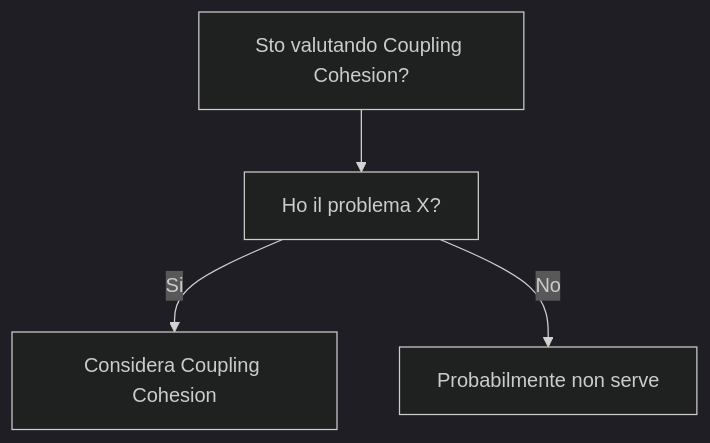
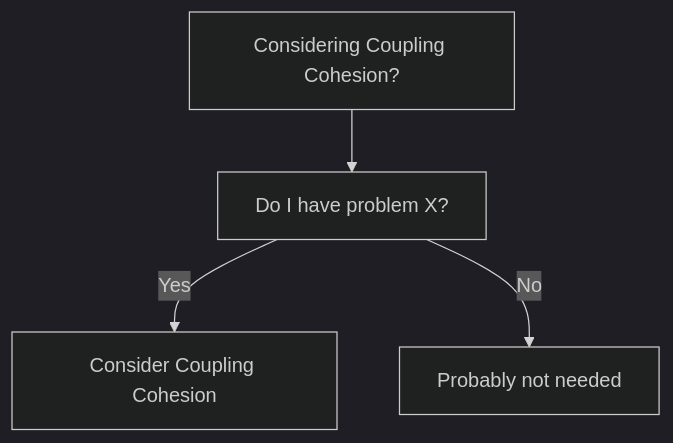
Before and after one commit to HxT9/Software-Dev-Wiki: the diagram in dev-wiki/01_Foundations/Coupling_Cohesion/When_To_Use.md, drawn with Mermaid (dark theme). The commit also changed other lines of this file and 3444 other files, not shown here.

````diff
--- a/dev-wiki/01_Foundations/Coupling_Cohesion/When_To_Use.md
+++ b/dev-wiki/01_Foundations/Coupling_Cohesion/When_To_Use.md
@@ -19,6 +19,6 @@
 ```mermaid
 flowchart TD
-  Q[Sto valutando Coupling Cohesion?] --> Q1[Ho il problema X?]
-  Q1 -->|Si| OK[Considera Coupling Cohesion]
-  Q1 -->|No| NO[Probabilmente non serve]
+  Q[Considering Coupling Cohesion?] --> Q1[Do I have problem X?]
+  Q1 -->|Yes| OK[Consider Coupling Cohesion]
+  Q1 -->|No| NO[Probably not needed]
 ```
````
